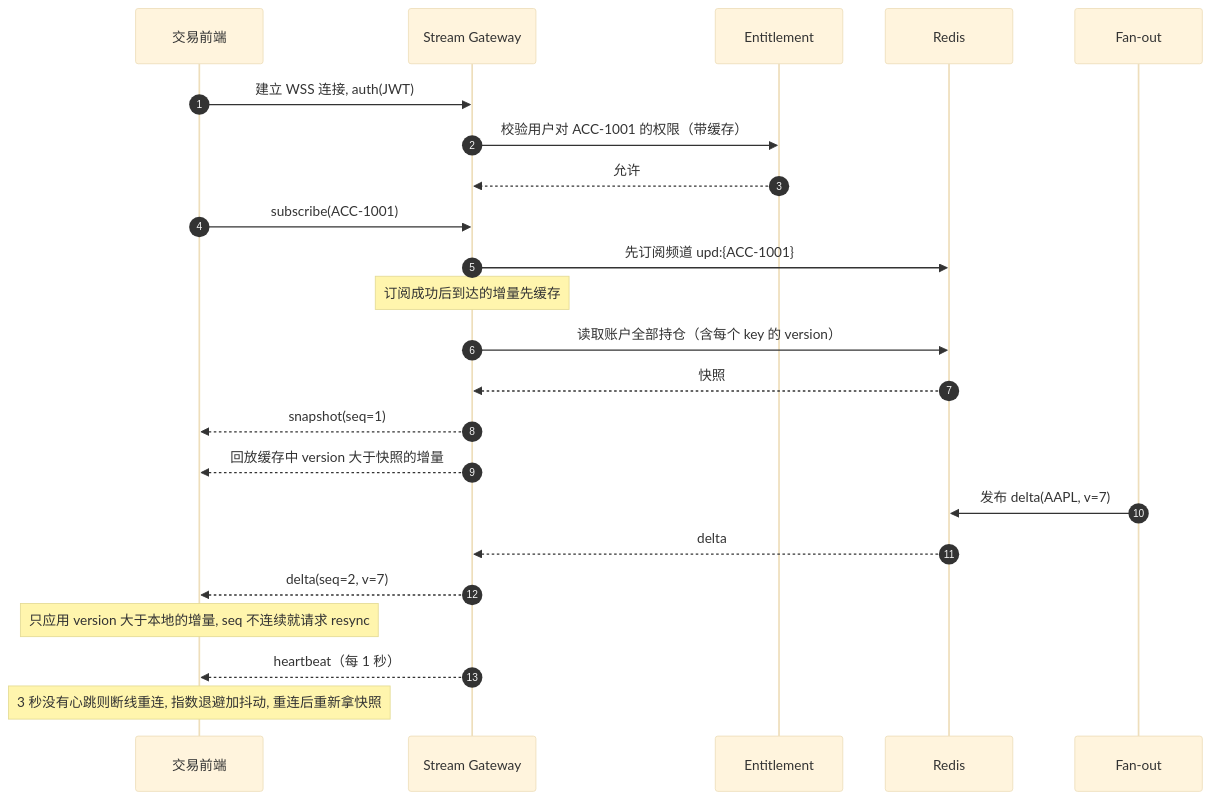
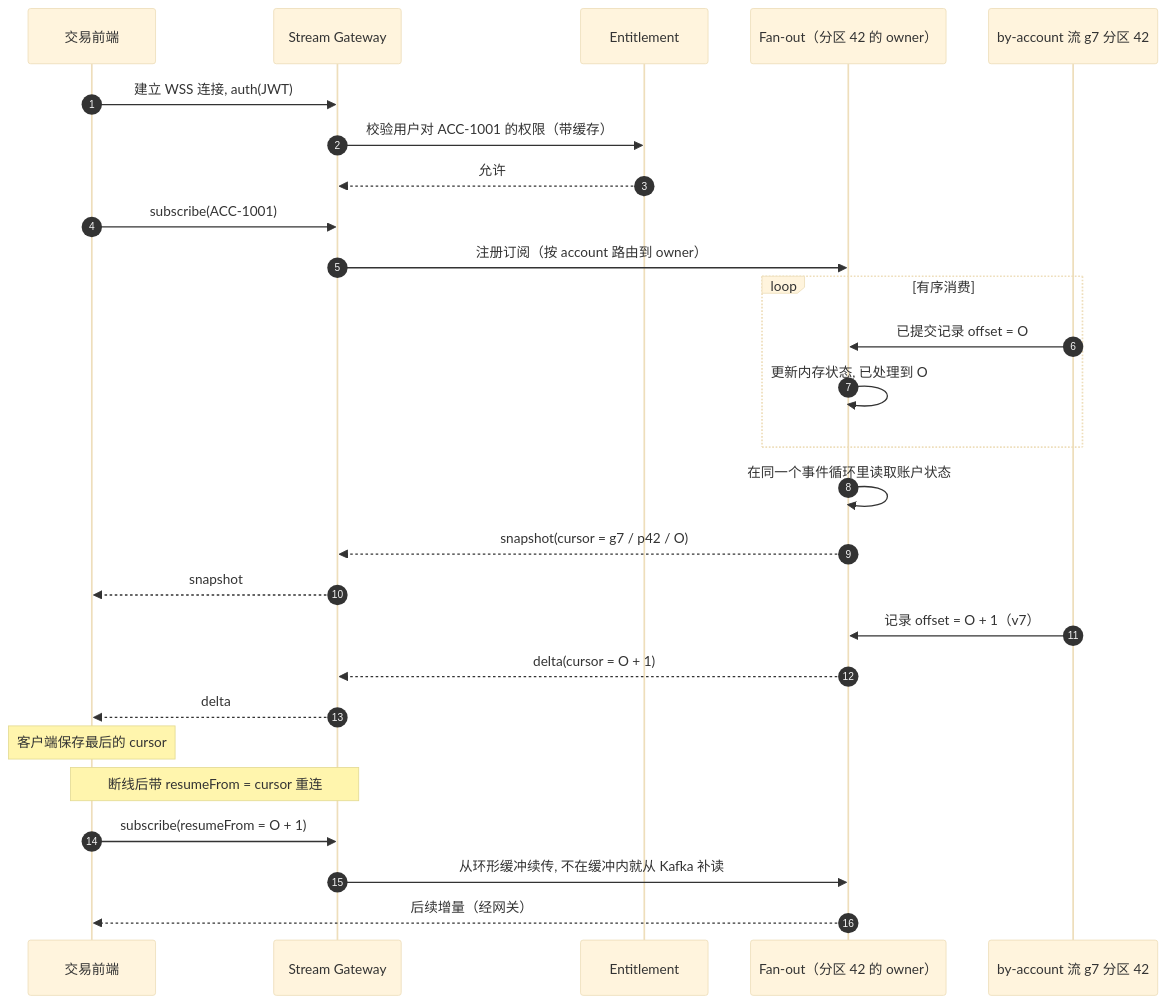
The sixth of 9 diagrams in system_design/distributed_account_service.md (Obscurepawn/TradingSystemLearning), drawn with Mermaid (base theme) before and after one commit. The commit also changed other lines of this file, not shown here.

````diff
--- a/system_design/distributed_account_service.md
+++ b/system_design/distributed_account_service.md
@@ -854,26 +1111,30 @@
 ```mermaid
 sequenceDiagram
     autonumber
     participant C as 交易前端
     participant G as Stream Gateway
     participant E as Entitlement
-    participant R as Redis
-    participant F as Fan-out
+    participant F as Fan-out（分区 42 的 owner）
+    participant K as by-account 流 g7 分区 42
 
     C->>G: 建立 WSS 连接, auth(JWT)
     G->>E: 校验用户对 ACC-1001 的权限（带缓存）
     E-->>G: 允许
     C->>G: subscribe(ACC-1001)
-    G->>R: 先订阅频道 upd:{ACC-1001}
-    Note over G: 订阅成功后到达的增量先缓存
-    G->>R: 读取账户全部持仓（含每个 key 的 version）
-    R-->>G: 快照
-    G-->>C: snapshot(seq=1)
-    G-->>C: 回放缓存中 version 大于快照的增量
-    F->>R: 发布 delta(AAPL, v=7)
-    R-->>G: delta
-    G-->>C: delta(seq=2, v=7)
-    Note over C: 只应用 version 大于本地的增量, seq 不连续就请求 resync
-    G-->>C: heartbeat（每 1 秒）
-    Note over C: 3 秒没有心跳则断线重连, 指数退避加抖动, 重连后重新拿快照
+    G->>F: 注册订阅（按 account 路由到 owner）
+    loop 有序消费
+        K->>F: 已提交记录 offset = O
+        F->>F: 更新内存状态, 已处理到 O
+    end
+    F->>F: 在同一个事件循环里读取账户状态
+    F-->>G: snapshot(cursor = g7 / p42 / O)
+    G-->>C: snapshot
+    K->>F: 记录 offset = O + 1（v7）
+    F-->>G: delta(cursor = O + 1)
+    G-->>C: delta
+    Note over C: 客户端保存最后的 cursor
+    Note over C,G: 断线后带 resumeFrom = cursor 重连
+    C->>G: subscribe(resumeFrom = O + 1)
+    G->>F: 从环形缓冲续传, 不在缓冲内就从 Kafka 补读
+    F-->>C: 后续增量（经网关）
 ```
````
